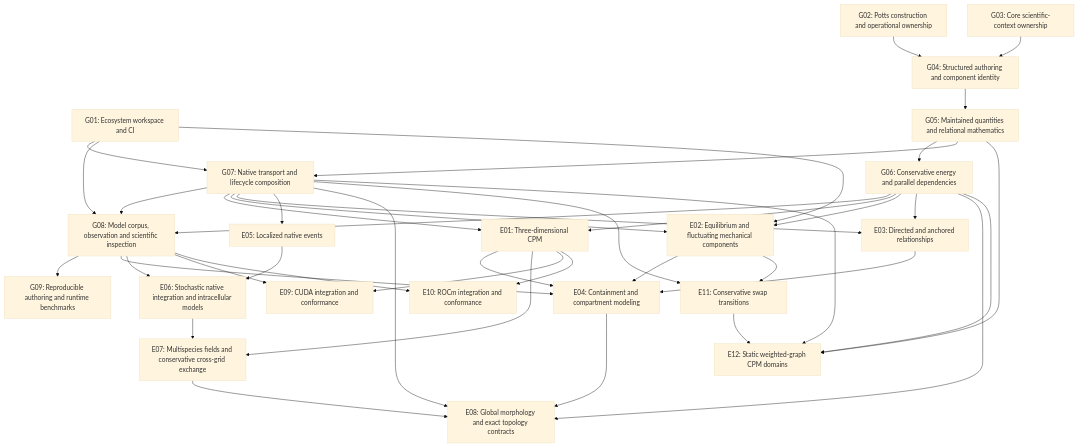
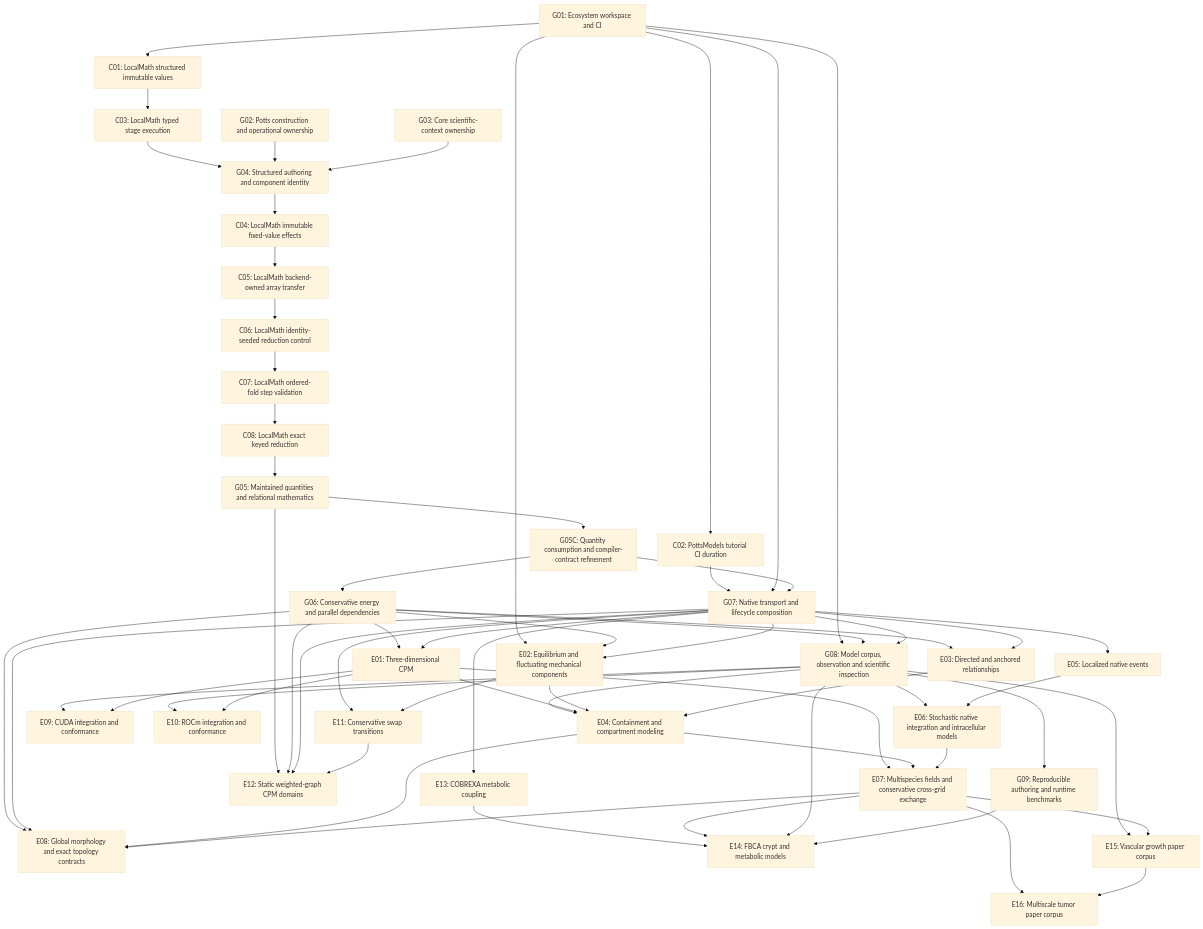
Before and after one commit to PraneethMerugu/Potts.jl: the diagram in design/consolidated-pr-dependency-map.md, drawn with Mermaid (base theme). The commit also changed other lines of this file and 13 other files, not shown here.

````diff
--- a/design/consolidated-pr-dependency-map.md
+++ b/design/consolidated-pr-dependency-map.md
@@ -325,10 +797,19 @@
   G03["G03: Core scientific-context ownership"]
   G04["G04: Structured authoring and component identity"]
   G05["G05: Maintained quantities and relational mathematics"]
+  G05C["G05C: Quantity consumption and compiler-contract refinement"]
   G06["G06: Conservative energy and parallel dependencies"]
   G07["G07: Native transport and lifecycle composition"]
   G08["G08: Model corpus, observation and scientific inspection"]
   G09["G09: Reproducible authoring and runtime benchmarks"]
+  C01["C01: LocalMath structured immutable values"]
+  C02["C02: PottsModels tutorial CI duration"]
+  C03["C03: LocalMath typed stage execution"]
+  C04["C04: LocalMath immutable fixed-value effects"]
+  C05["C05: LocalMath backend-owned array transfer"]
+  C06["C06: LocalMath identity-seeded reduction control"]
+  C07["C07: LocalMath ordered-fold step validation"]
+  C08["C08: LocalMath exact keyed reduction"]
   E01["E01: Three-dimensional CPM"]
   E02["E02: Equilibrium and fluctuating mechanical components"]
   E03["E03: Directed and anchored relationships"]
@@ -341,12 +822,27 @@
   E10["E10: ROCm integration and conformance"]
   E11["E11: Conservative swap transitions"]
   E12["E12: Static weighted-graph CPM domains"]
+  E13["E13: COBREXA metabolic coupling"]
+  E14["E14: FBCA crypt and metabolic models"]
+  E15["E15: Vascular growth paper corpus"]
+  E16["E16: Multiscale tumor paper corpus"]
+  G01 --> C01
+  C01 --> C03
+  C03 --> G04
+  G01 --> C02
+  C02 --> G07
   G02 --> G04
   G03 --> G04
-  G04 --> G05
-  G05 --> G06
+  G04 --> C04
+  C04 --> C05
+  C05 --> C06
+  C06 --> C07
+  C07 --> C08
+  C08 --> G05
+  G05 --> G05C
+  G05C --> G06
   G01 --> G07
-  G05 --> G07
+  G05C --> G07
   G01 --> G08
   G06 --> G08
   G07 --> G08
@@ -366,6 +862,7 @@
   G08 --> E06
   E05 --> E06
   E01 --> E07
+  E04 --> E07
   E06 --> E07
   G06 --> E08
   G07 --> E08
@@ -381,4 +878,13 @@
   G06 --> E12
   G07 --> E12
   E11 --> E12
+  G07 --> E13
+  E13 --> E14
+  E07 --> E14
+  G08 --> E14
+  G09 --> E14
+  G08 --> E15
+  E07 --> E15
+  E07 --> E16
+  E15 --> E16
 ```
````
